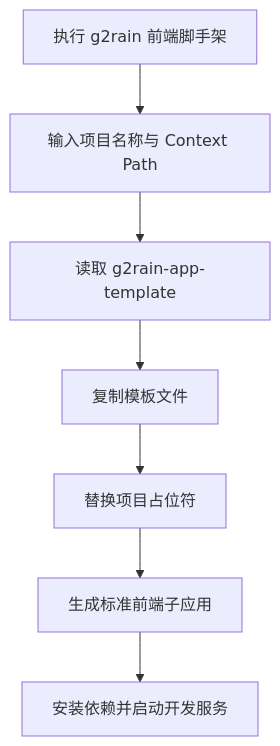
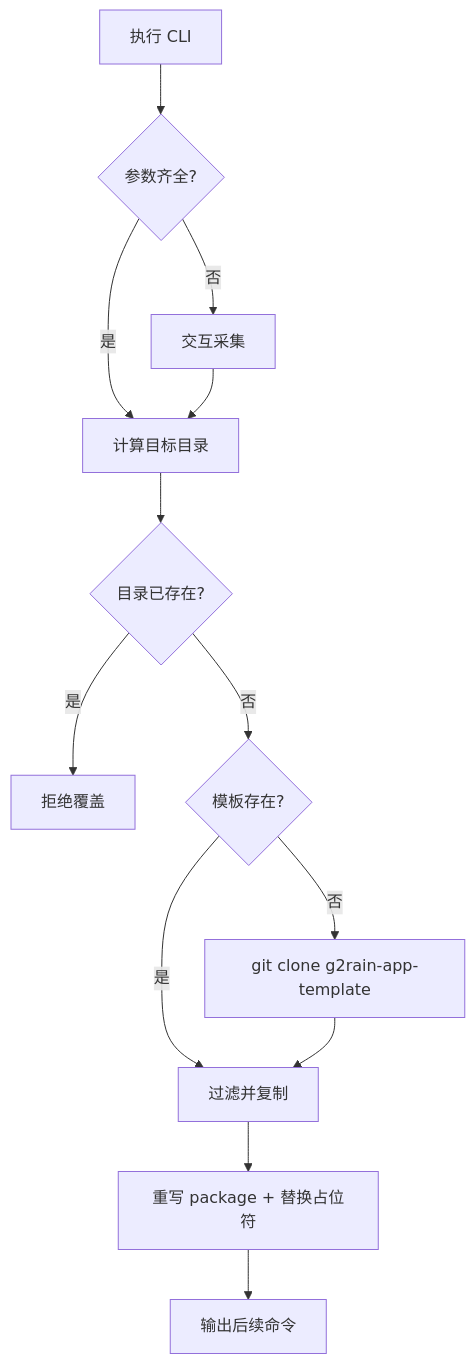
Before and after one commit to g2rain/g2rain-app-cli: the diagram in README.md, drawn with Mermaid. The commit also changed other lines of this file and 19 other files, not shown here.

````diff
--- a/README.md
+++ b/README.md
@@ -92,9 +83,15 @@
 ```mermaid
 flowchart TD
-  A[执行 g2rain 前端脚手架] --> B[输入项目名称与 Context Path]
-  B --> C[读取 g2rain-app-template]
-  C --> D[复制模板文件]
-  D --> E[替换项目占位符]
-  E --> F[生成标准前端子应用]
-  F --> G[安装依赖并启动开发服务]
+  CLI[执行 CLI] --> Args{参数齐全?}
+  Args -->|否| Prompt[交互采集]
+  Args -->|是| Target[计算目标目录]
+  Prompt --> Target
+  Target --> Exists{目录已存在?}
+  Exists -->|是| Stop[拒绝覆盖]
+  Exists -->|否| Template{模板存在?}
+  Template -->|否| Clone[git clone g2rain-app-template]
+  Template -->|是| Copy[过滤并复制]
+  Clone --> Copy
+  Copy --> Replace[重写 package + 替换占位符]
+  Replace --> Done[输出后续命令]
 ```
````
